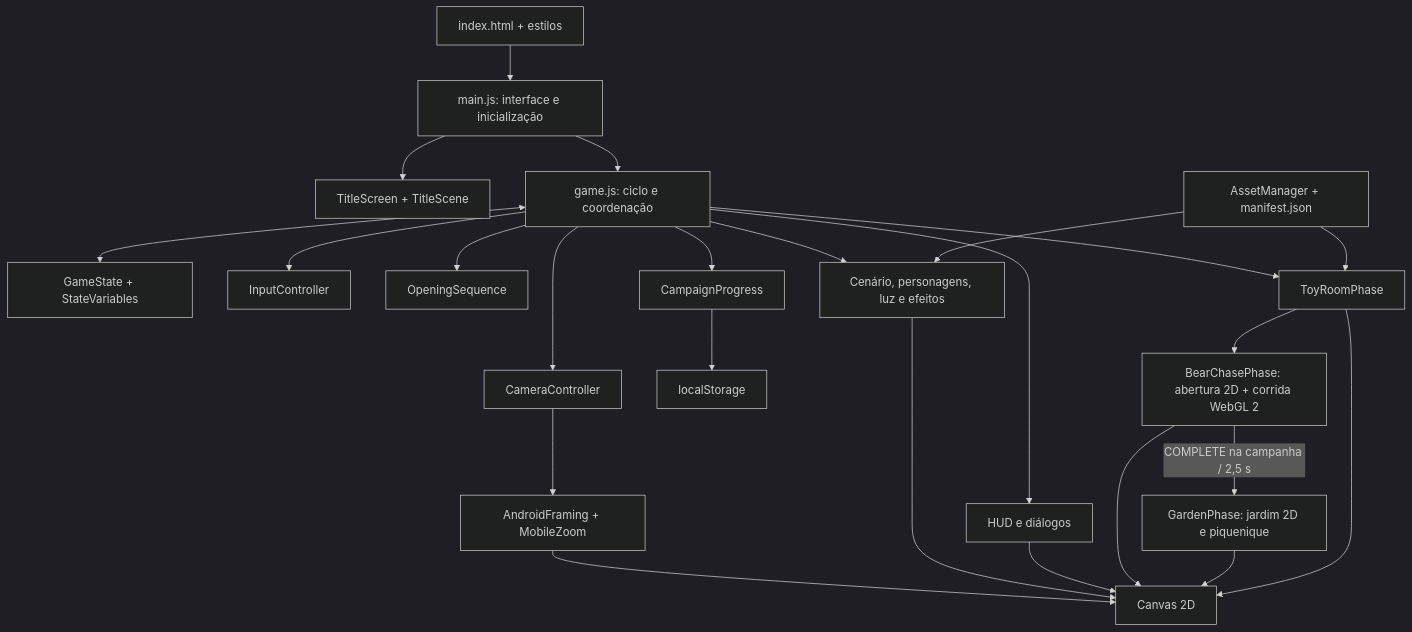
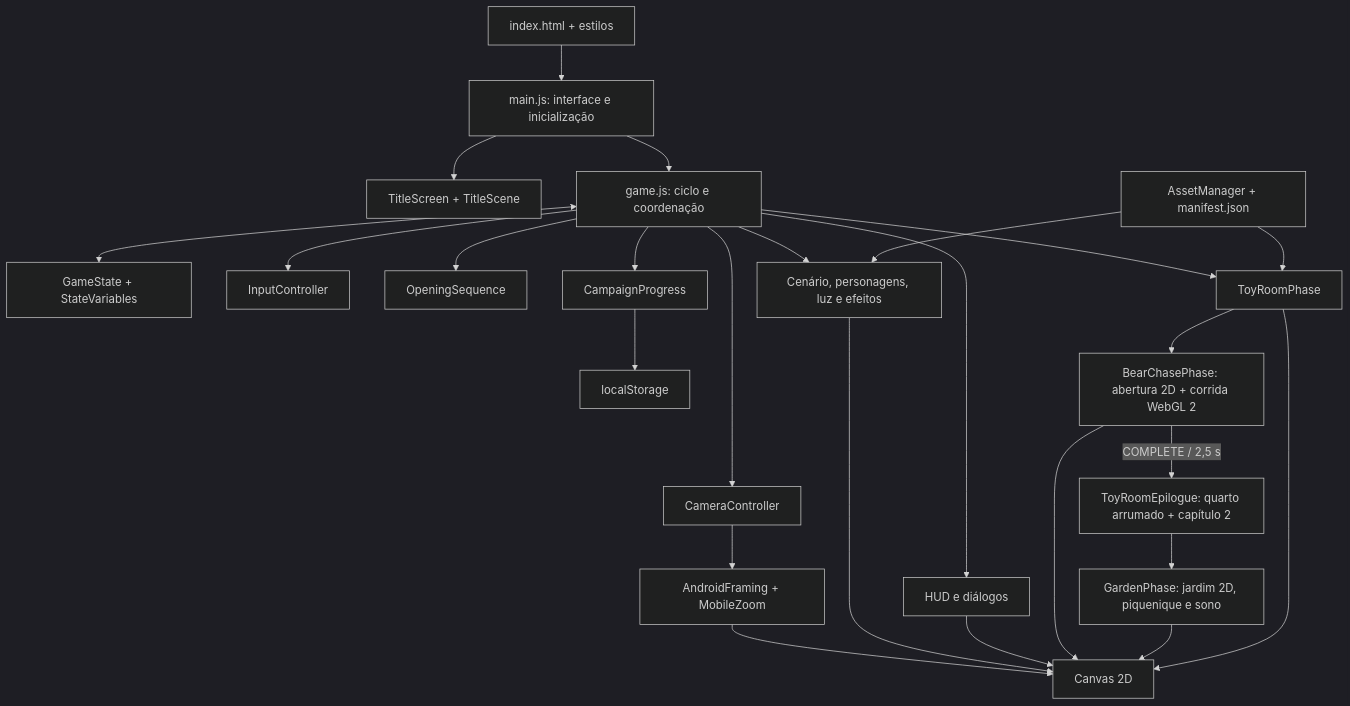
One commit to luciussama/legendGirl changed the diagram in README.md. Above: the diagram before and after it, drawn with Mermaid (dark theme). The commit also changed other lines of this file and 51 other files, not shown here.

````diff
--- a/README.md
+++ b/README.md
@@ -89,26 +92,27 @@
 ```mermaid
 flowchart TD
     HTML["index.html + estilos"] --> Main["main.js: interface e inicialização"]
     Main --> Title["TitleScreen + TitleScene"]
     Main --> Game["game.js: ciclo e coordenação"]
     Game <--> State["GameState + StateVariables"]
     Game --> Input["InputController"]
     Game --> Camera["CameraController"]
     Game --> Opening["OpeningSequence"]
     Game --> Render["Cenário, personagens, luz e efeitos"]
     Game --> UI["HUD e diálogos"]
     Game --> Toy["ToyRoomPhase"]
     Game --> Progress["CampaignProgress"]
     Progress --> Storage["localStorage"]
     Assets["AssetManager + manifest.json"] --> Render
     Assets --> Toy
     Camera --> Presentation["AndroidFraming + MobileZoom"]
     Presentation --> Canvas["Canvas 2D"]
     Render --> Canvas
     UI --> Canvas
     Toy --> Chase["BearChasePhase: abertura 2D + corrida WebGL 2"]
     Chase --> Canvas
-    Chase -->|COMPLETE na campanha / 2,5 s| Garden["GardenPhase: jardim 2D e piquenique"]
+    Chase -->|COMPLETE / 2,5 s| Epilogue["ToyRoomEpilogue: quarto arrumado + capítulo 2"]
+    Epilogue --> Garden["GardenPhase: jardim 2D, piquenique e sono"]
     Garden --> Canvas
     Toy --> Canvas
 ```
````
